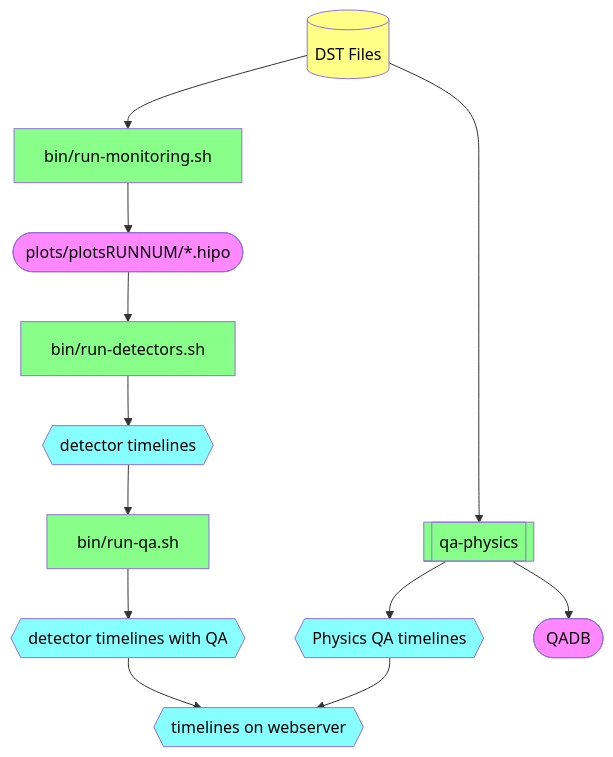
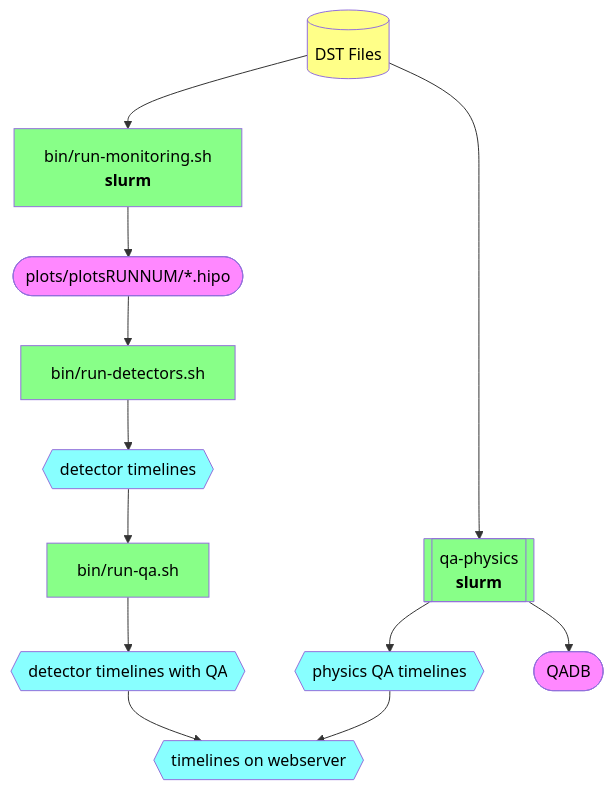
Before and after one commit to esteejus/clas12-timeline: the diagram in README.md, drawn with Mermaid.

Commit message:
modified:   README.md

````diff
--- a/README.md
+++ b/README.md
@@ -60,26 +60,26 @@
 ```mermaid
 flowchart TB
 
     classDef script   fill:#8f8,color:black
     classDef data     fill:#ff8,color:black
     classDef misc     fill:#f8f,color:black
     classDef timeline fill:#8ff,color:black
 
     dst[(DST Files)]:::data
-    runMonitoring[bin/run-monitoring.sh]:::script
+    runMonitoring[bin/run-monitoring.sh<br/><strong>slurm</strong>]:::script
     outMonitoring([plots/plotsRUNNUM/*.hipo]):::misc
     runDetectors[bin/run-detectors.sh]:::script
     outDetectors{{detector timelines}}:::timeline
     runDetectorsQA[bin/run-qa.sh]:::script
     outDetectorsQA{{detector timelines with QA}}:::timeline
 
-    qaPhysics[[qa-physics]]:::script
-    qadbTimelines{{Physics QA timelines}}:::timeline
+    qaPhysics[[qa-physics<br/><strong>slurm</strong>]]:::script
+    qadbTimelines{{physics QA timelines}}:::timeline
     qadb([QADB]):::misc
 
     webTimelines{{timelines on webserver}}:::timeline
 
     dst --> runMonitoring --> outMonitoring --> runDetectors --> outDetectors --> runDetectorsQA --> outDetectorsQA --> webTimelines
     dst --> qaPhysics --> qadbTimelines --> webTimelines
     qaPhysics --> qadb
 ```
````
